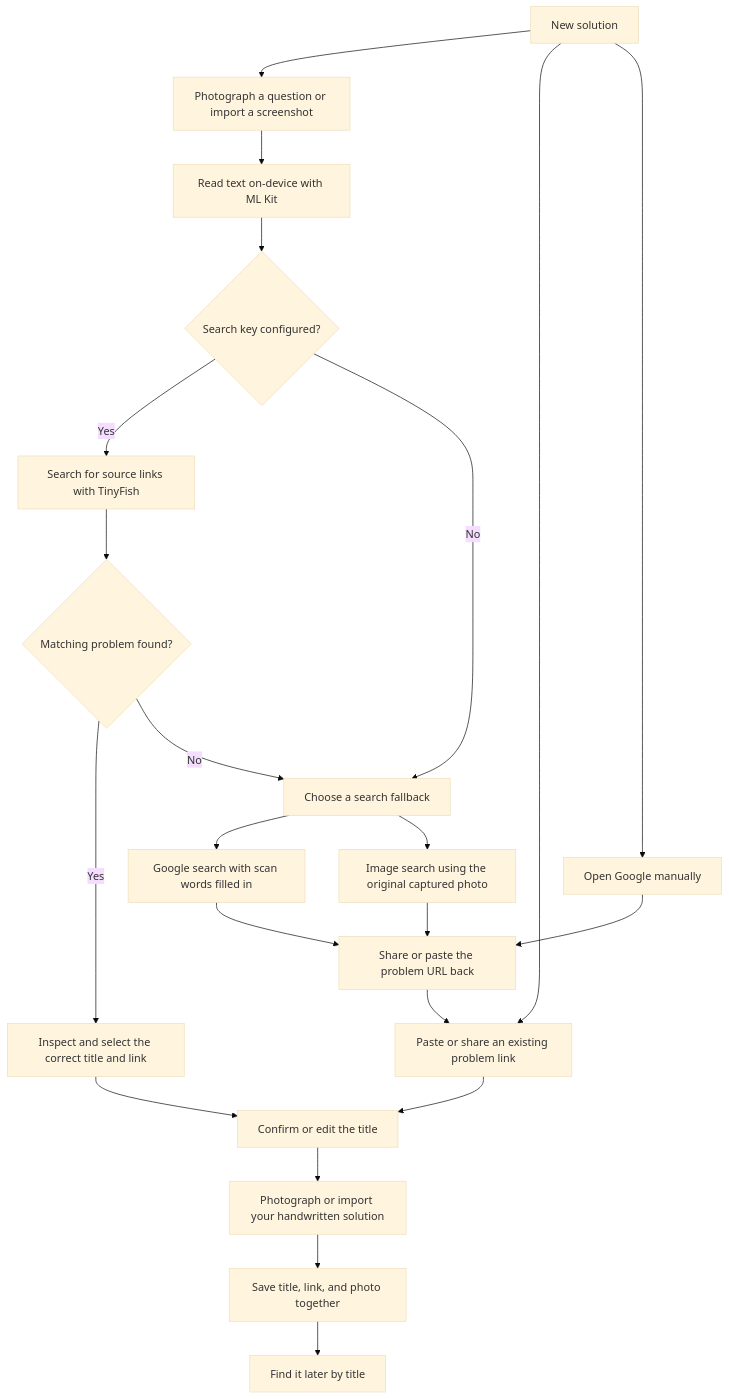
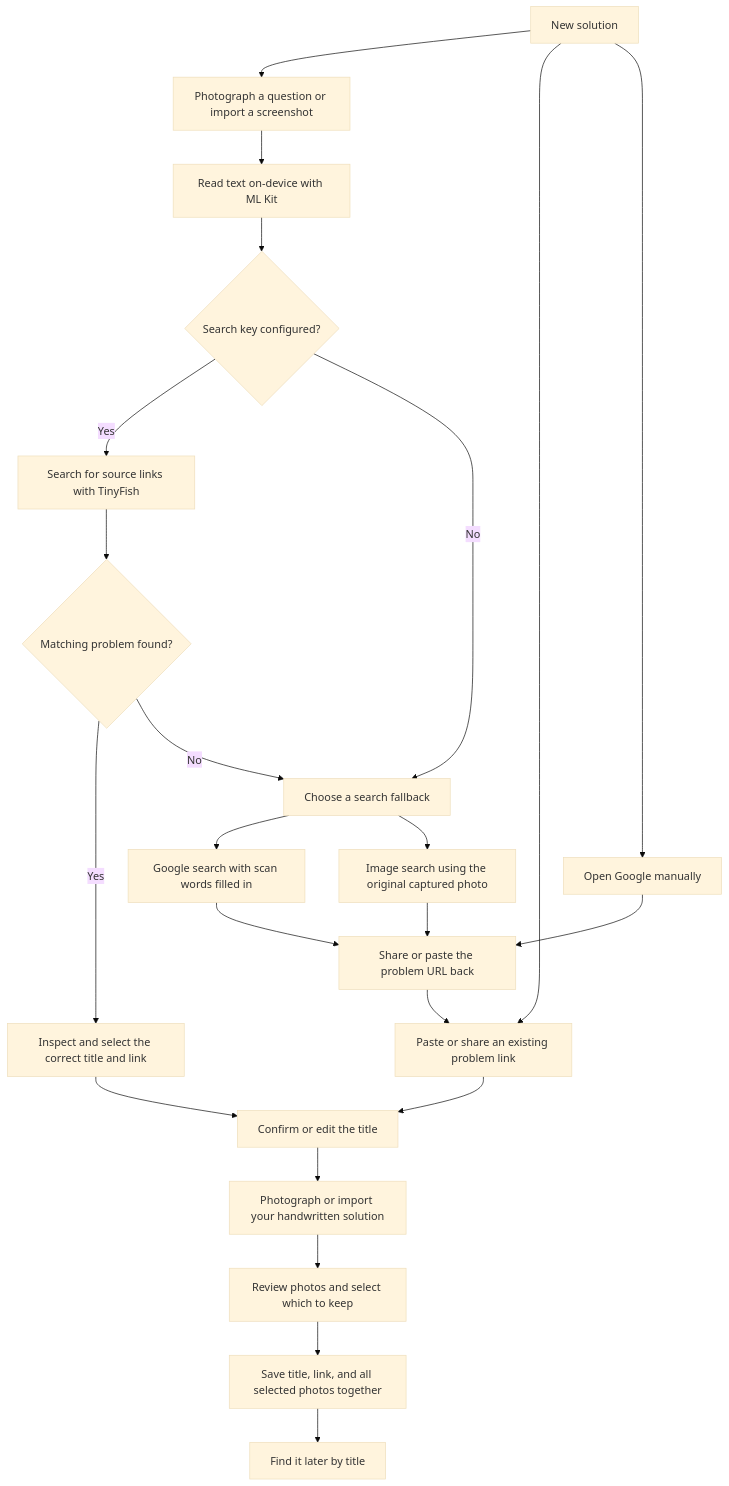
Before and after one commit to krish007code/Breadcrumb: the second of 2 diagrams in README.md, drawn with Mermaid (base theme). The commit also changed other lines of this file, not shown here.

Commit message:
docs: explain multi-photo review, editing, and clean URLs

````diff
--- a/README.md
+++ b/README.md
@@ -38,24 +38,25 @@
 ```mermaid
 flowchart TD
     Start[New solution] --> Scan[Photograph a question or import a screenshot]
     Start --> Link[Paste or share an existing problem link]
     Start --> Manual[Open Google manually]
     Scan --> OCR[Read text on-device with ML Kit]
     OCR --> Key{Search key configured?}
     Key -->|Yes| Lookup[Search for source links with TinyFish]
     Lookup --> Matches{Matching problem found?}
     Matches -->|Yes| Confirm[Inspect and select the correct title and link]
     Confirm --> Title[Confirm or edit the title]
     Matches -->|No| Fallback[Choose a search fallback]
     Key -->|No| Fallback
     Fallback --> Text[Google search with scan words filled in]
     Fallback --> Image[Image search using the original captured photo]
     Manual --> Return[Share or paste the problem URL back]
     Text --> Return
     Image --> Return
     Return --> Link
     Link --> Title
     Title --> Photo[Photograph or import your handwritten solution]
-    Photo --> Save[Save title, link, and photo together]
+    Photo --> Review[Review photos and select which to keep]
+    Review --> Save[Save title, link, and all selected photos together]
     Save --> Notebook[Find it later by title]
 ```
````
